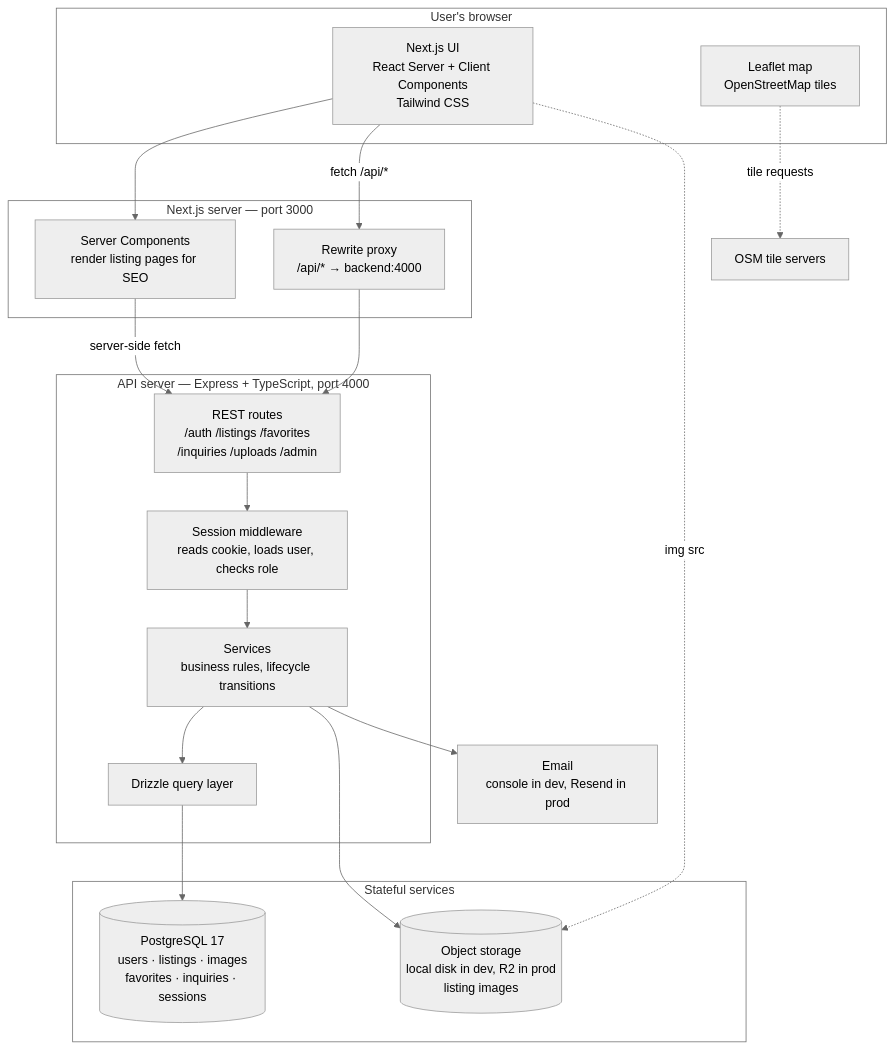
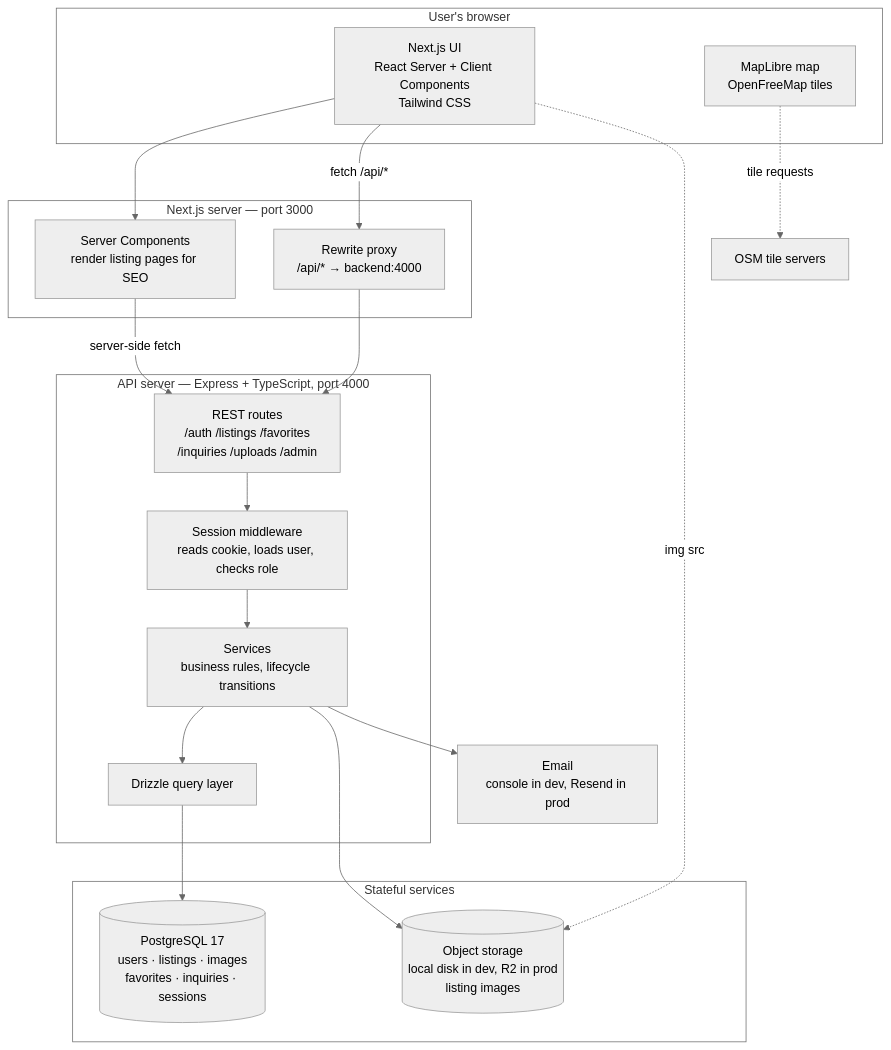
Before and after one commit to hbegic20/nekretnine-webshop: the first of 2 diagrams in ARCHITECTURE.md, drawn with Mermaid (neutral theme). The commit also changed other lines of this file and 7 other files, not shown here.

````diff
--- a/ARCHITECTURE.md
+++ b/ARCHITECTURE.md
@@ -29,41 +29,41 @@
 ```mermaid
 flowchart TB
     subgraph client["User's browser"]
         UI["Next.js UI<br/>React Server + Client Components<br/>Tailwind CSS"]
-        MAP["Leaflet map<br/>OpenStreetMap tiles"]
+        MAP["MapLibre map<br/>OpenFreeMap tiles"]
     end
 
     subgraph frontend["Next.js server — port 3000"]
         RSC["Server Components<br/>render listing pages for SEO"]
         PROXY["Rewrite proxy<br/>/api/* → backend:4000"]
     end
 
     subgraph backend["API server — Express + TypeScript, port 4000"]
         ROUTES["REST routes<br/>/auth /listings /favorites<br/>/inquiries /uploads /admin"]
         AUTHMW["Session middleware<br/>reads cookie, loads user, checks role"]
         SVC["Services<br/>business rules, lifecycle transitions"]
         DAL["Drizzle query layer"]
     end
 
     subgraph data["Stateful services"]
         PG[("PostgreSQL 17<br/>users · listings · images<br/>favorites · inquiries · sessions")]
         S3[("Object storage<br/>local disk in dev, R2 in prod<br/>listing images")]
     end
 
     MAILER["Email<br/>console in dev, Resend in prod"]
 
     UI --> RSC
     UI -->|"fetch /api/*"| PROXY
     MAP -.->|"tile requests"| OSM["OSM tile servers"]
     RSC -->|"server-side fetch"| ROUTES
     PROXY --> ROUTES
     ROUTES --> AUTHMW --> SVC --> DAL --> PG
     SVC --> S3
     SVC --> MAILER
     UI -.->|"img src"| S3
 
     style client fill:none
     style frontend fill:none
     style backend fill:none
     style data fill:none
 ```
````
